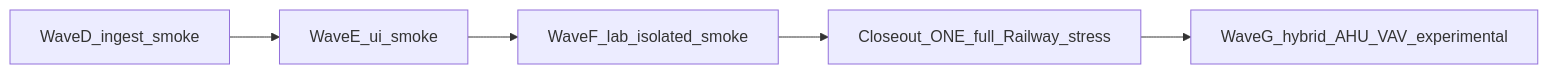
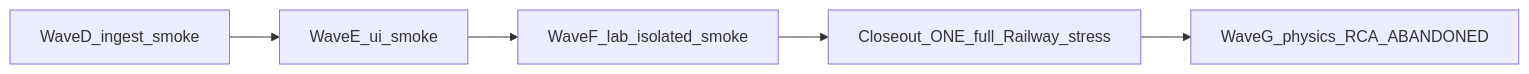
Before and after one commit to bbartling/open-fdd: the diagram in docs/operations/patch_trains/openfdd_post_3.3.33_soft_open_program.plan.md, drawn with Mermaid. The commit also changed other lines of this file and 45 other files, not shown here.

````diff
--- a/docs/operations/patch_trains/openfdd_post_3.3.33_soft_open_program.plan.md
+++ b/docs/operations/patch_trains/openfdd_post_3.3.33_soft_open_program.plan.md
@@ -45,9 +45,9 @@
 ```mermaid
 flowchart LR
   waveD[WaveD_ingest_smoke]
   waveE[WaveE_ui_smoke]
   waveF[WaveF_lab_isolated_smoke]
   closeout[Closeout_ONE_full_Railway_stress]
-  waveG[WaveG_hybrid_AHU_VAV_experimental]
-  waveD --> waveE --> waveF --> closeout --> waveG
+  waveGAbandoned[WaveG_physics_RCA_ABANDONED]
+  waveD --> waveE --> waveF --> closeout --> waveGAbandoned
 ```
````
